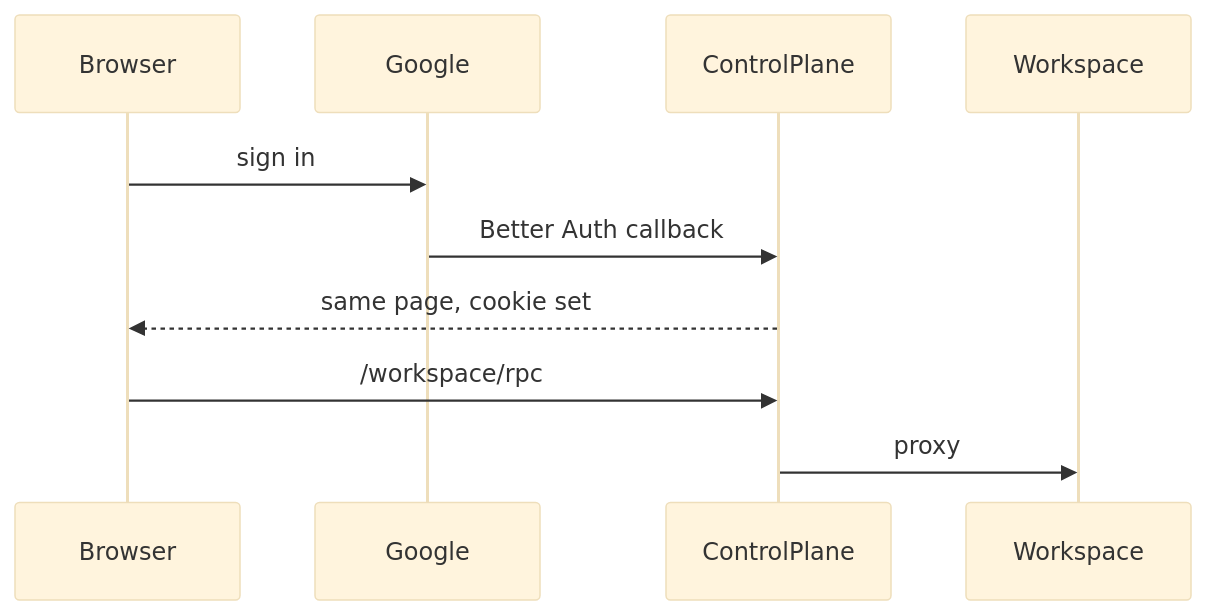
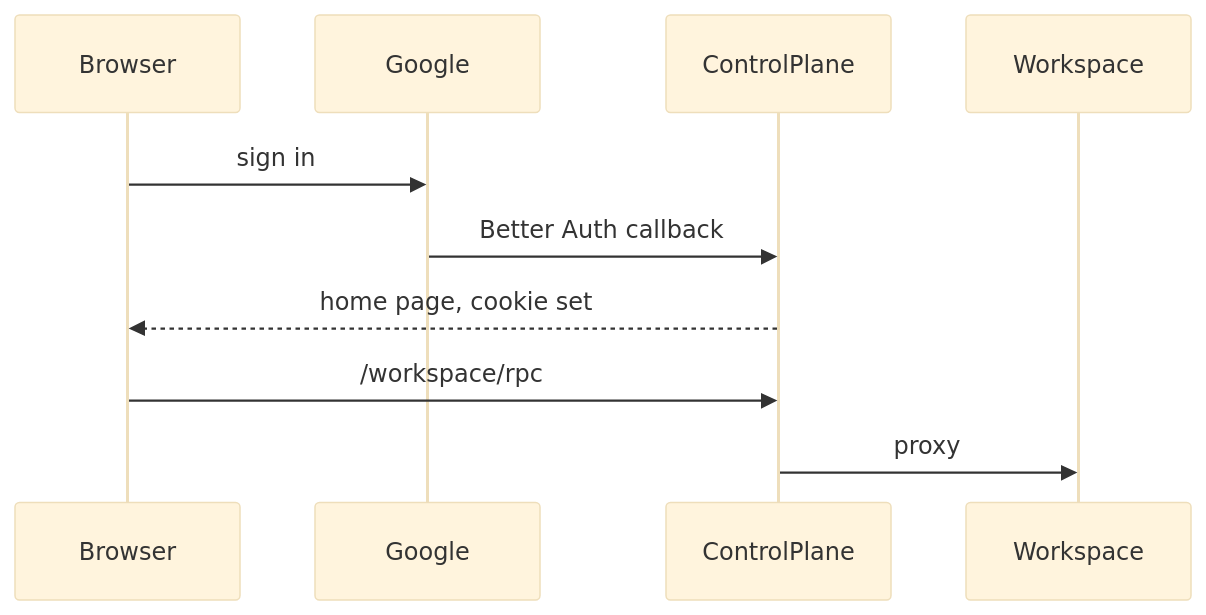
One commit to cashew-labs/halo changed the second of 12 diagrams in specs/dev-electron-control-plane.md. Above: the diagram before and after it, drawn with Mermaid (base theme). The commit also changed other lines of this file, not shown here.

````diff
--- a/specs/dev-electron-control-plane.md
+++ b/specs/dev-electron-control-plane.md
@@ -35,18 +35,18 @@
 ```mermaid
 sequenceDiagram
   participant Browser
   participant Google
   participant ControlPlane
   participant Workspace
   Browser->>Google: sign in
   Google->>ControlPlane: Better Auth callback
-  ControlPlane-->>Browser: same page, cookie set
+  ControlPlane-->>Browser: home page, cookie set
   Browser->>ControlPlane: /workspace/rpc
   ControlPlane->>Workspace: proxy
   %% ref node:Browser [[apps/web-app/src/WebHost.ts#WebHost.signIn]]
   %% ref node:ControlPlane [[apps/control-plane/src/workspace/proxy.ts#WorkspaceGateway.serve]]
   %% ref node:Workspace [[apps/control-plane/src/workspace/WorkspaceService.ts#WorkspaceService.getConnection]]
   %% ref edge:0 [[apps/web-app/src/WebHost.ts#WebHost.signIn]]
   %% ref edge:3 [[apps/web-app/src/WebHost.ts#WebHost.connectHalo]]
   %% ref edge:4 [[apps/control-plane/src/workspace/proxy.ts#WorkspaceGateway.serve]]
 ```
````
